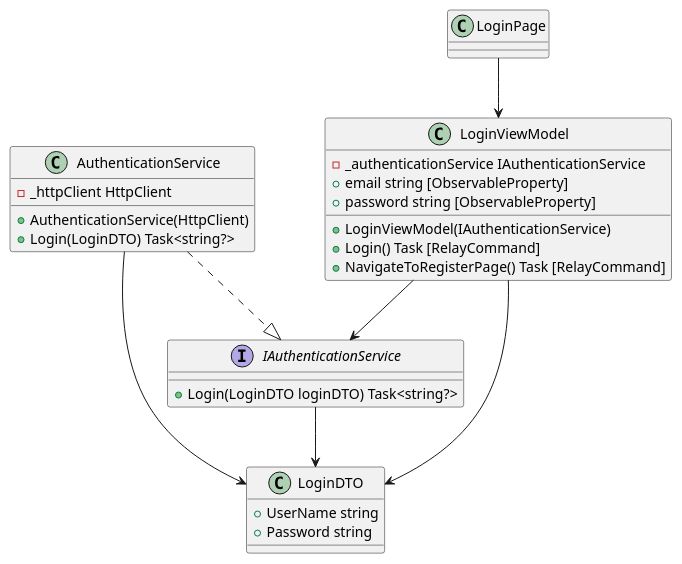
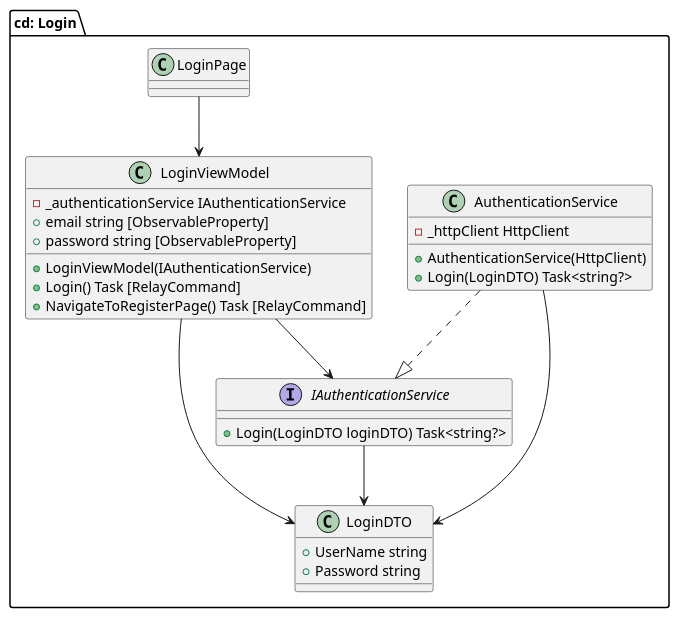
Before and after one commit to a-chiha/FinanceTrackerBackend: the diagram in diagrams/maui/login.puml, drawn with PlantUML. The commit also changed other lines of this file and 18 other files, not shown here.

```diff
--- a/diagrams/maui/login.puml
+++ b/diagrams/maui/login.puml
@@ -1,45 +2,46 @@
 @startuml
+package "cd: Login" {
 
 
 ' Interfaces
 interface IAuthenticationService {
     + Login(LoginDTO loginDTO) Task<string?>
 }
 
 ' DTO
 class LoginDTO {
     + UserName string
     + Password string
 }
 
 ' Services
 class AuthenticationService {
     - _httpClient HttpClient
     + AuthenticationService(HttpClient)
     + Login(LoginDTO) Task<string?>
 }
 
 ' ViewModels
 class LoginViewModel {
     - _authenticationService IAuthenticationService
     + LoginViewModel(IAuthenticationService)
     + email string [ObservableProperty]
     + password string [ObservableProperty]
     + Login() Task [RelayCommand]
     + NavigateToRegisterPage() Task [RelayCommand]
 }
 
 ' Views
 class LoginPage {
 }
 
 ' Relationships
 LoginViewModel --> IAuthenticationService
 AuthenticationService ..|> IAuthenticationService
 LoginViewModel --> LoginDTO
 LoginPage --> LoginViewModel
 AuthenticationService --> LoginDTO
 IAuthenticationService --> LoginDTO
 
 
 @enduml
```
